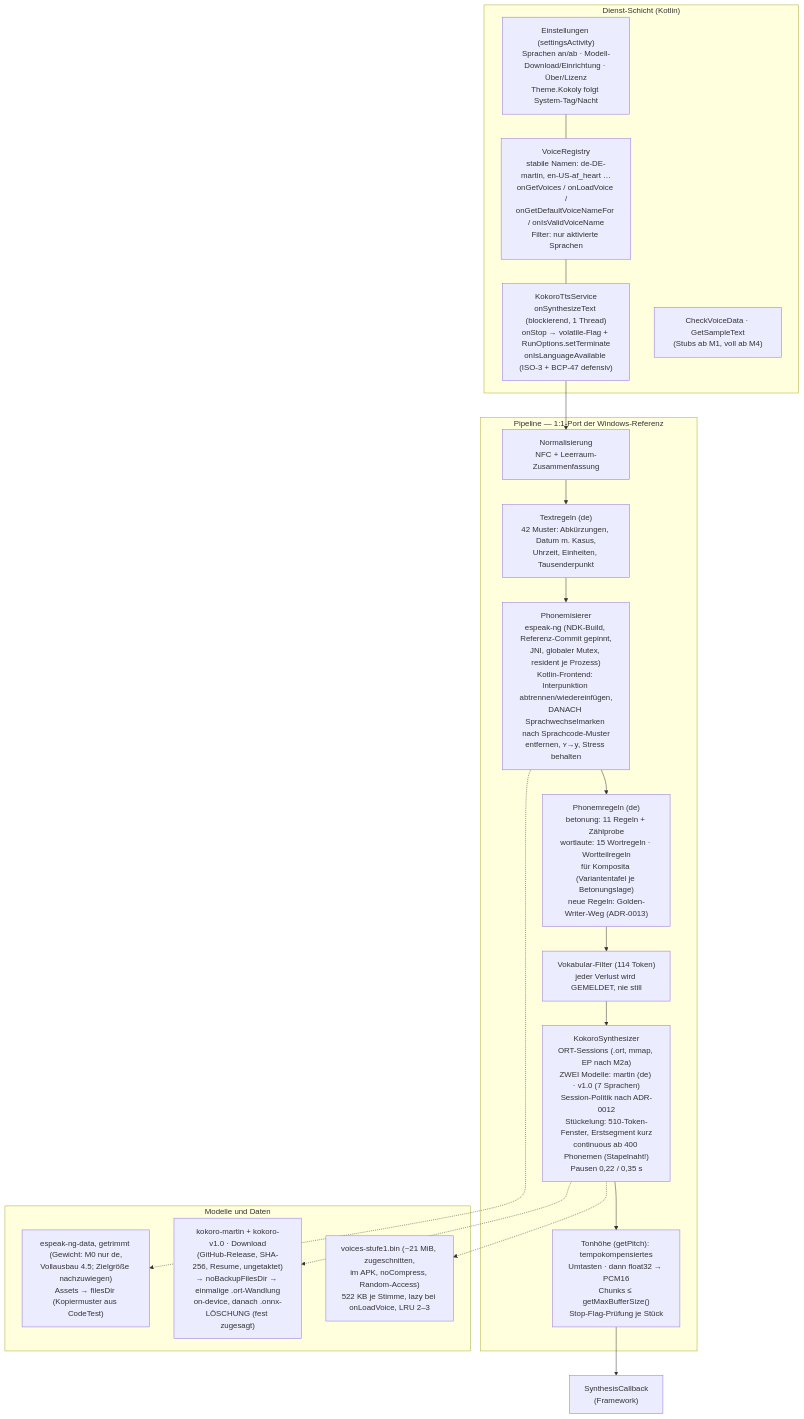
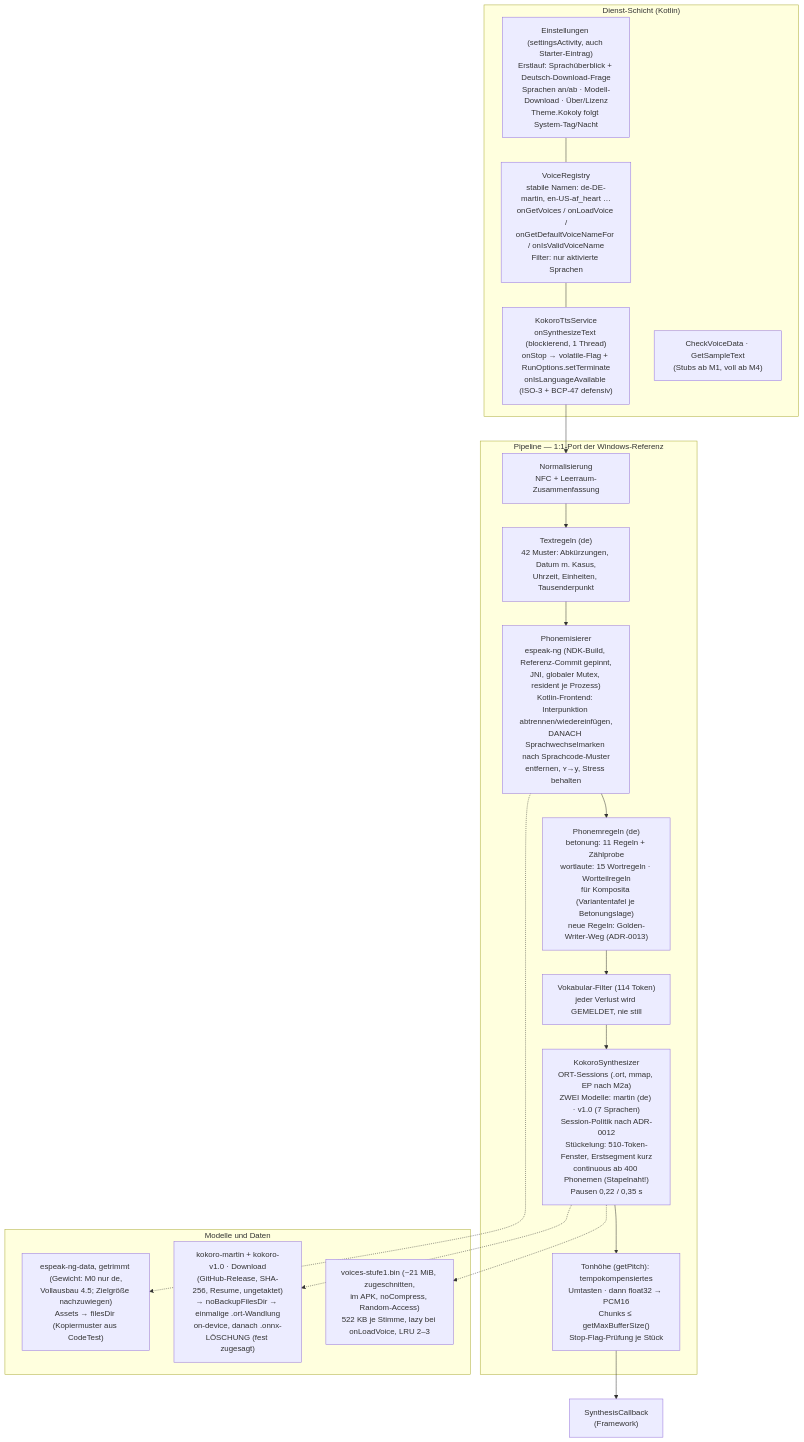
The second of 2 diagrams in docs/architektur.md (loom7/kokoly), drawn with Mermaid before and after one commit. The commit also changed 5 other files, not shown here.

First line of the commit message:
feat: Erstlauf-Willkommen — Sprachüberblick und Deutsch-Download-Frage

````diff
--- a/docs/architektur.md
+++ b/docs/architektur.md
@@ -34,29 +34,29 @@
 ```mermaid
 flowchart TB
     subgraph SVC["Dienst-Schicht (Kotlin)"]
         TTS["KokoroTtsService<br/>onSynthesizeText (blockierend, 1 Thread)<br/>onStop → volatile-Flag + RunOptions.setTerminate<br/>onIsLanguageAvailable (ISO-3 + BCP-47 defensiv)"]
         REG["VoiceRegistry<br/>stabile Namen: de-DE-martin, en-US-af_heart …<br/>onGetVoices / onLoadVoice /<br/>onGetDefaultVoiceNameFor / onIsValidVoiceName<br/>Filter: nur aktivierte Sprachen"]
-        SET["Einstellungen (settingsActivity)<br/>Sprachen an/ab · Modell-Download/Einrichtung · Über/Lizenz<br/>Theme.Kokoly folgt System-Tag/Nacht"]
+        SET["Einstellungen (settingsActivity, auch Starter-Eintrag)<br/>Erstlauf: Sprachüberblick + Deutsch-Download-Frage<br/>Sprachen an/ab · Modell-Download · Über/Lizenz<br/>Theme.Kokoly folgt System-Tag/Nacht"]
         CVD["CheckVoiceData · GetSampleText<br/>(Stubs ab M1, voll ab M4)"]
     end
     subgraph PIPE["Pipeline — 1:1-Port der Windows-Referenz"]
         NORM["Normalisierung<br/>NFC + Leerraum-Zusammenfassung"]
         TXT["Textregeln (de)<br/>42 Muster: Abkürzungen, Datum m. Kasus,<br/>Uhrzeit, Einheiten, Tausenderpunkt"]
         PHON["Phonemisierer<br/>espeak-ng (NDK-Build, Referenz-Commit gepinnt,<br/>JNI, globaler Mutex, resident je Prozess)<br/>Kotlin-Frontend: Interpunktion abtrennen/wiedereinfügen,<br/>DANACH Sprachwechselmarken nach Sprachcode-Muster<br/>entfernen, ʏ→y, Stress behalten"]
         PR["Phonemregeln (de)<br/>betonung: 11 Regeln + Zählprobe<br/>wortlaute: 15 Wortregeln · Wortteilregeln<br/>für Komposita (Variantentafel je Betonungslage)<br/>neue Regeln: Golden-Writer-Weg (ADR-0013)"]
         VOC["Vokabular-Filter (114 Token)<br/>jeder Verlust wird GEMELDET, nie still"]
         KOK["KokoroSynthesizer<br/>ORT-Sessions (.ort, mmap, EP nach M2a)<br/>ZWEI Modelle: martin (de) · v1.0 (7 Sprachen)<br/>Session-Politik nach ADR-0012<br/>Stückelung: 510-Token-Fenster, Erstsegment kurz<br/>continuous ab 400 Phonemen (Stapelnaht!)<br/>Pausen 0,22 / 0,35 s"]
         PCM["Tonhöhe (getPitch): tempokompensiertes<br/>Umtasten · dann float32 → PCM16<br/>Chunks ≤ getMaxBufferSize()<br/>Stop-Flag-Prüfung je Stück"]
     end
     subgraph DATA["Modelle und Daten"]
         ESPD["espeak-ng-data, getrimmt (Gewicht: M0 nur de,<br/>Vollausbau 4.5; Zielgröße nachzuwiegen)<br/>Assets → filesDir (Kopiermuster aus CodeTest)"]
         MODEL["kokoro-martin + kokoro-v1.0 · Download<br/>(GitHub-Release, SHA-256, Resume, ungetaktet)<br/>→ noBackupFilesDir → einmalige .ort-Wandlung<br/>on-device, danach .onnx-LÖSCHUNG (fest zugesagt)"]
         VOI["voices-stufe1.bin (~21 MiB, zugeschnitten,<br/>im APK, noCompress, Random-Access)<br/>522 KB je Stimme, lazy bei onLoadVoice, LRU 2–3"]
     end
     TTS --> NORM --> TXT --> PHON --> PR --> VOC --> KOK --> PCM --> CB["SynthesisCallback<br/>(Framework)"]
     REG --- TTS
     SET --- REG
     PHON -.-> ESPD
     KOK -.-> MODEL
     KOK -.-> VOI
 ```
````
